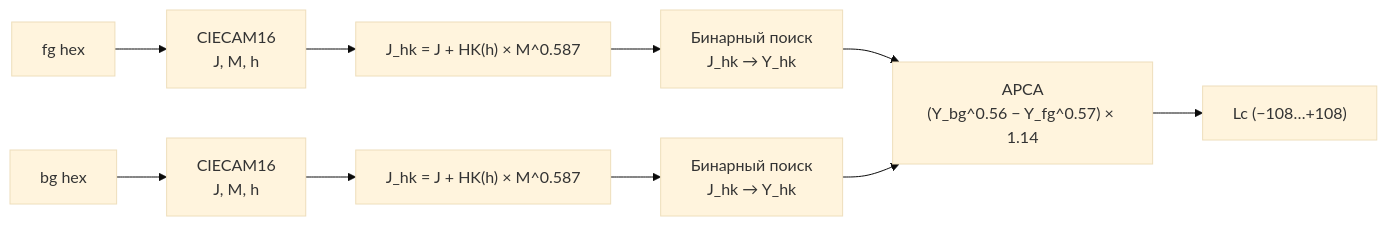
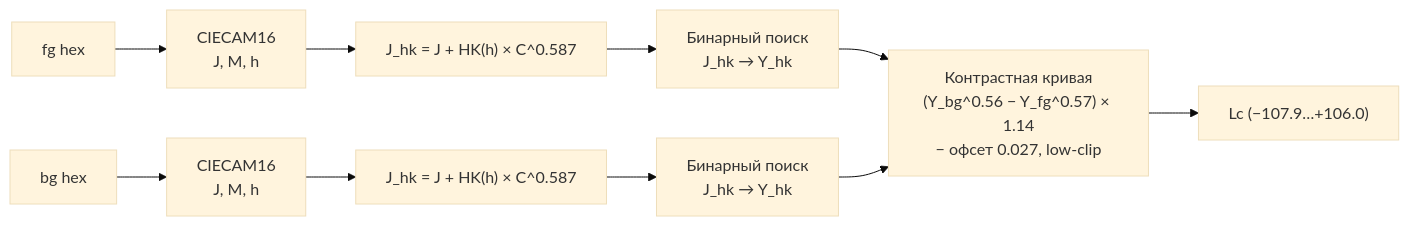
Before and after one commit to Labpics-Team/lab-colors: the third of 4 diagrams in README.md, drawn with Mermaid (base theme). The commit also changed other lines of this file, not shown here.

Commit message:
docs(readme): актуализировать LPC-числа и формулу H-K под канонический офсет
Значения в тексте остались от кривой без офсета: чёрный-на-белом
108.7 → 106.0, серый #444444 ≈ 88, синий #0000FF ≈ 69 (вычислены
текущим кодом). Формула H-K в диаграмме и шагах — C^0.587 вместо
M^0.587 (актуально после перехода на Hellwig 2022 exact), узел
кривой в диаграмме описывает офсет и low-clip.

````diff
--- a/README.md
+++ b/README.md
@@ -114,12 +114,12 @@
 ```mermaid
 graph LR
     FG["fg hex"] --> C16_1["CIECAM16\nJ, M, h"]
     BG["bg hex"] --> C16_2["CIECAM16\nJ, M, h"]
-    C16_1 --> HK1["J_hk = J + HK(h) × M^0.587"]
-    C16_2 --> HK2["J_hk = J + HK(h) × M^0.587"]
+    C16_1 --> HK1["J_hk = J + HK(h) × C^0.587"]
+    C16_2 --> HK2["J_hk = J + HK(h) × C^0.587"]
     HK1 --> BIN1["Бинарный поиск\nJ_hk → Y_hk"]
     HK2 --> BIN2["Бинарный поиск\nJ_hk → Y_hk"]
-    BIN1 --> APCA["APCA\n(Y_bg^0.56 − Y_fg^0.57) × 1.14"]
-    BIN2 --> APCA
-    APCA --> Lc["Lc (−108…+108)"]
+    BIN1 --> CURVE2["Контрастная кривая\n(Y_bg^0.56 − Y_fg^0.57) × 1.14\n− офсет 0.027, low-clip"]
+    BIN2 --> CURVE2
+    CURVE2 --> Lc["Lc (−107.9…+106.0)"]
 ```
````
